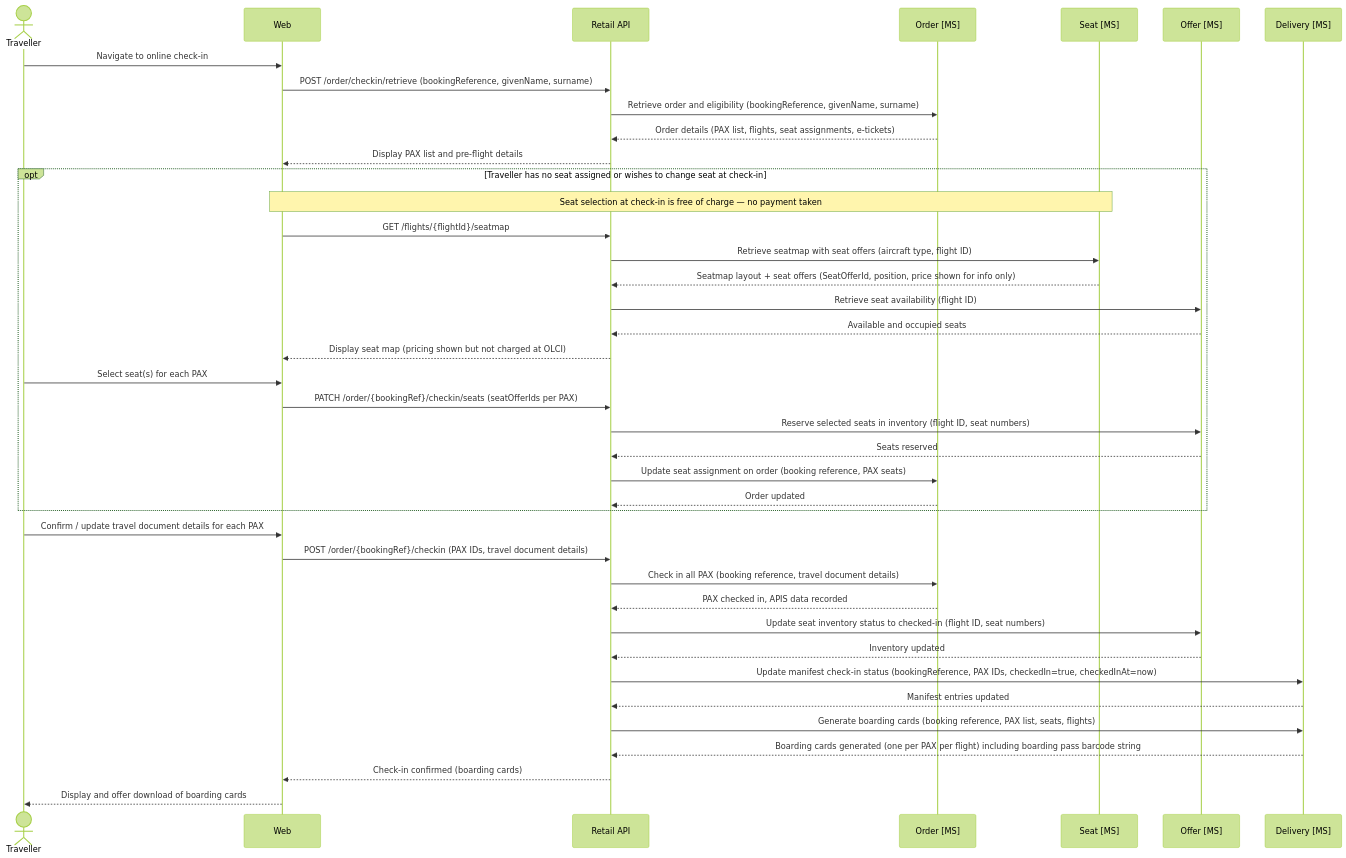
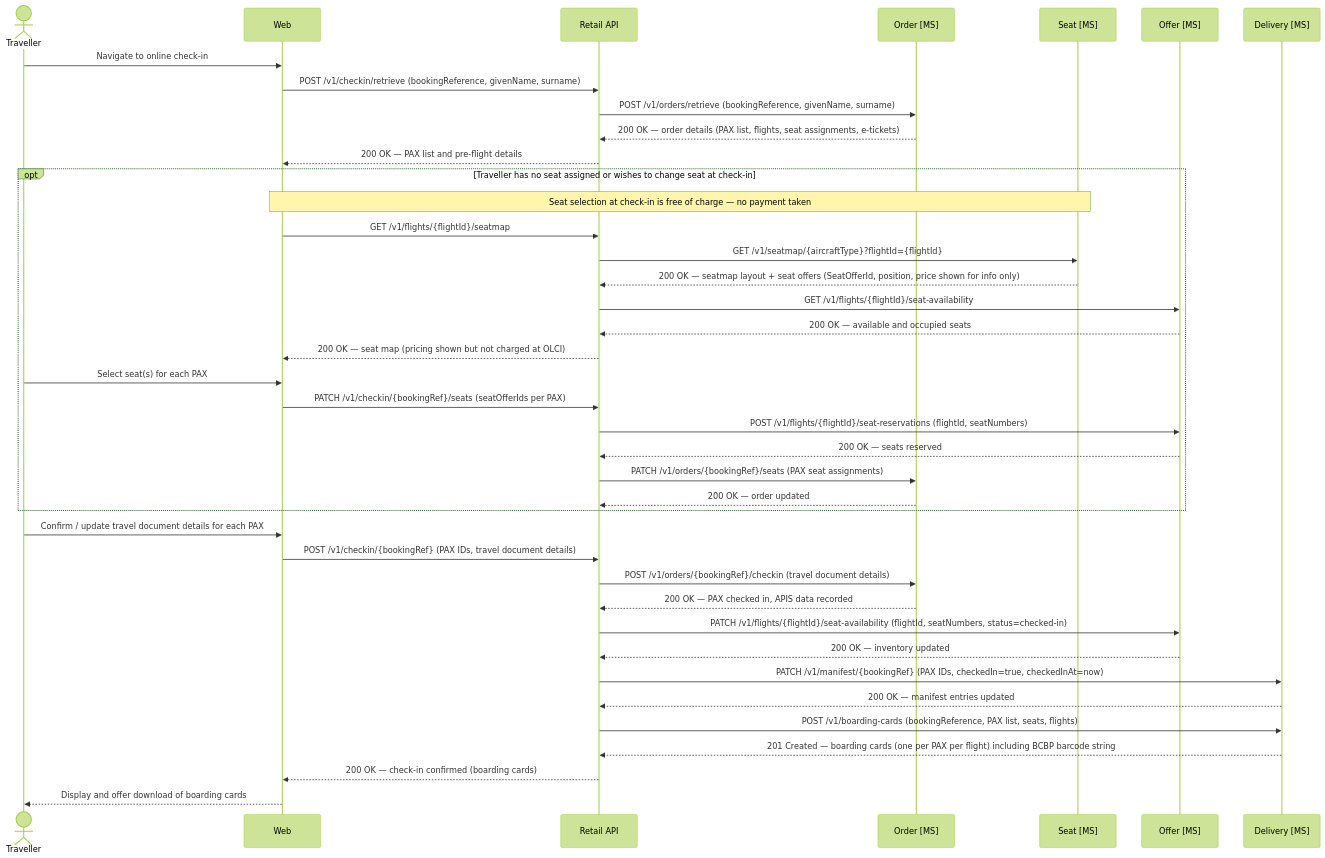
One commit to sebharvey/airline-reservation-system changed the seventh of 12 diagrams in architecture/design.md. Above: the diagram before and after it, drawn with Mermaid (forest theme). The commit also changed other lines of this file, not shown here.

````diff
--- a/architecture/design.md
+++ b/architecture/design.md
@@ -1027,52 +1027,52 @@
 ```mermaid
 sequenceDiagram
     actor Traveller
     participant Web
     participant RetailAPI as Retail API
     participant OrderMS as Order [MS]
     participant SeatMS as Seat [MS]
     participant OfferMS as Offer [MS]
     participant DeliveryMS as Delivery [MS]
 
     Traveller->>Web: Navigate to online check-in
 
-    Web->>RetailAPI: POST /order/checkin/retrieve (bookingReference, givenName, surname)
-    RetailAPI->>OrderMS: Retrieve order and eligibility (bookingReference, givenName, surname)
-    OrderMS-->>RetailAPI: Order details (PAX list, flights, seat assignments, e-tickets)
-    RetailAPI-->>Web: Display PAX list and pre-flight details
+    Web->>RetailAPI: POST /v1/checkin/retrieve (bookingReference, givenName, surname)
+    RetailAPI->>OrderMS: POST /v1/orders/retrieve (bookingReference, givenName, surname)
+    OrderMS-->>RetailAPI: 200 OK — order details (PAX list, flights, seat assignments, e-tickets)
+    RetailAPI-->>Web: 200 OK — PAX list and pre-flight details
 
     opt Traveller has no seat assigned or wishes to change seat at check-in
         Note over Web, SeatMS: Seat selection at check-in is free of charge — no payment taken
-        Web->>RetailAPI: GET /flights/{flightId}/seatmap
-        RetailAPI->>SeatMS: Retrieve seatmap with seat offers (aircraft type, flight ID)
-        SeatMS-->>RetailAPI: Seatmap layout + seat offers (SeatOfferId, position, price shown for info only)
-        RetailAPI->>OfferMS: Retrieve seat availability (flight ID)
-        OfferMS-->>RetailAPI: Available and occupied seats
-        RetailAPI-->>Web: Display seat map (pricing shown but not charged at OLCI)
+        Web->>RetailAPI: GET /v1/flights/{flightId}/seatmap
+        RetailAPI->>SeatMS: GET /v1/seatmap/{aircraftType}?flightId={flightId}
+        SeatMS-->>RetailAPI: 200 OK — seatmap layout + seat offers (SeatOfferId, position, price shown for info only)
+        RetailAPI->>OfferMS: GET /v1/flights/{flightId}/seat-availability
+        OfferMS-->>RetailAPI: 200 OK — available and occupied seats
+        RetailAPI-->>Web: 200 OK — seat map (pricing shown but not charged at OLCI)
         Traveller->>Web: Select seat(s) for each PAX
-        Web->>RetailAPI: PATCH /order/{bookingRef}/checkin/seats (seatOfferIds per PAX)
-        RetailAPI->>OfferMS: Reserve selected seats in inventory (flight ID, seat numbers)
-        OfferMS-->>RetailAPI: Seats reserved
-        RetailAPI->>OrderMS: Update seat assignment on order (booking reference, PAX seats)
-        OrderMS-->>RetailAPI: Order updated
+        Web->>RetailAPI: PATCH /v1/checkin/{bookingRef}/seats (seatOfferIds per PAX)
+        RetailAPI->>OfferMS: POST /v1/flights/{flightId}/seat-reservations (flightId, seatNumbers)
+        OfferMS-->>RetailAPI: 200 OK — seats reserved
+        RetailAPI->>OrderMS: PATCH /v1/orders/{bookingRef}/seats (PAX seat assignments)
+        OrderMS-->>RetailAPI: 200 OK — order updated
     end
 
     Traveller->>Web: Confirm / update travel document details for each PAX
 
-    Web->>RetailAPI: POST /order/{bookingRef}/checkin (PAX IDs, travel document details)
+    Web->>RetailAPI: POST /v1/checkin/{bookingRef} (PAX IDs, travel document details)
 
-    RetailAPI->>OrderMS: Check in all PAX (booking reference, travel document details)
-    OrderMS-->>RetailAPI: PAX checked in, APIS data recorded
+    RetailAPI->>OrderMS: POST /v1/orders/{bookingRef}/checkin (travel document details)
+    OrderMS-->>RetailAPI: 200 OK — PAX checked in, APIS data recorded
 
-    RetailAPI->>OfferMS: Update seat inventory status to checked-in (flight ID, seat numbers)
-    OfferMS-->>RetailAPI: Inventory updated
+    RetailAPI->>OfferMS: PATCH /v1/flights/{flightId}/seat-availability (flightId, seatNumbers, status=checked-in)
+    OfferMS-->>RetailAPI: 200 OK — inventory updated
 
-    RetailAPI->>DeliveryMS: Update manifest check-in status (bookingReference, PAX IDs, checkedIn=true, checkedInAt=now)
-    DeliveryMS-->>RetailAPI: Manifest entries updated
+    RetailAPI->>DeliveryMS: PATCH /v1/manifest/{bookingRef} (PAX IDs, checkedIn=true, checkedInAt=now)
+    DeliveryMS-->>RetailAPI: 200 OK — manifest entries updated
 
-    RetailAPI->>DeliveryMS: Generate boarding cards (booking reference, PAX list, seats, flights)
-    DeliveryMS-->>RetailAPI: Boarding cards generated (one per PAX per flight) including boarding pass barcode string
+    RetailAPI->>DeliveryMS: POST /v1/boarding-cards (bookingReference, PAX list, seats, flights)
+    DeliveryMS-->>RetailAPI: 201 Created — boarding cards (one per PAX per flight) including BCBP barcode string
 
-    RetailAPI-->>Web: Check-in confirmed (boarding cards)
+    RetailAPI-->>Web: 200 OK — check-in confirmed (boarding cards)
     Web-->>Traveller: Display and offer download of boarding cards
 ```
````
